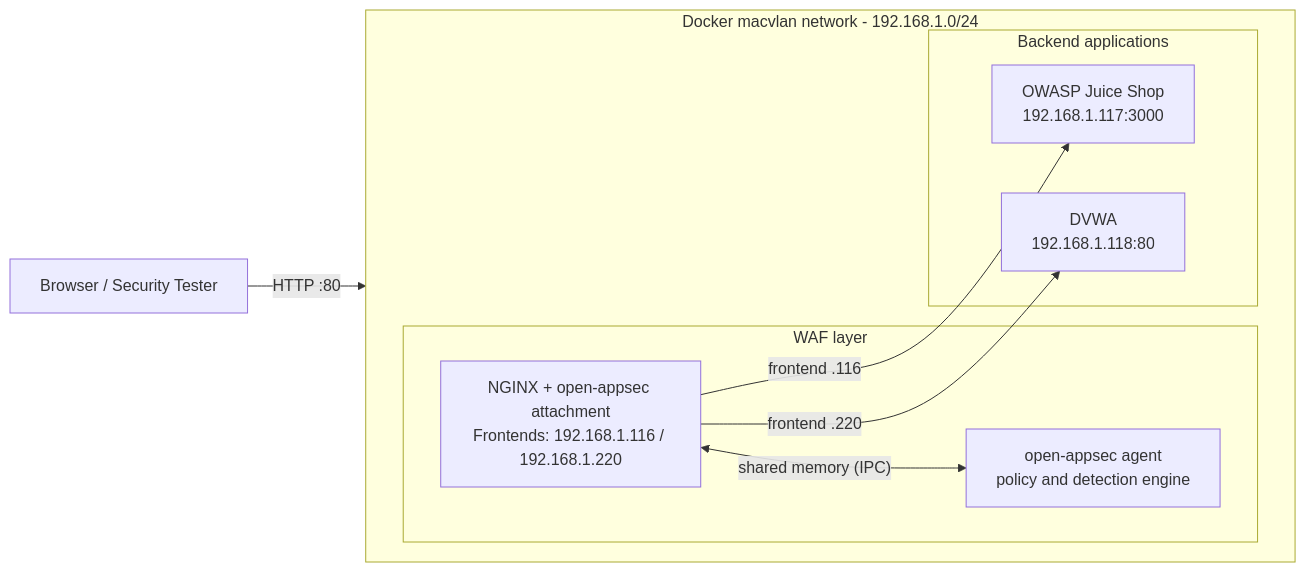
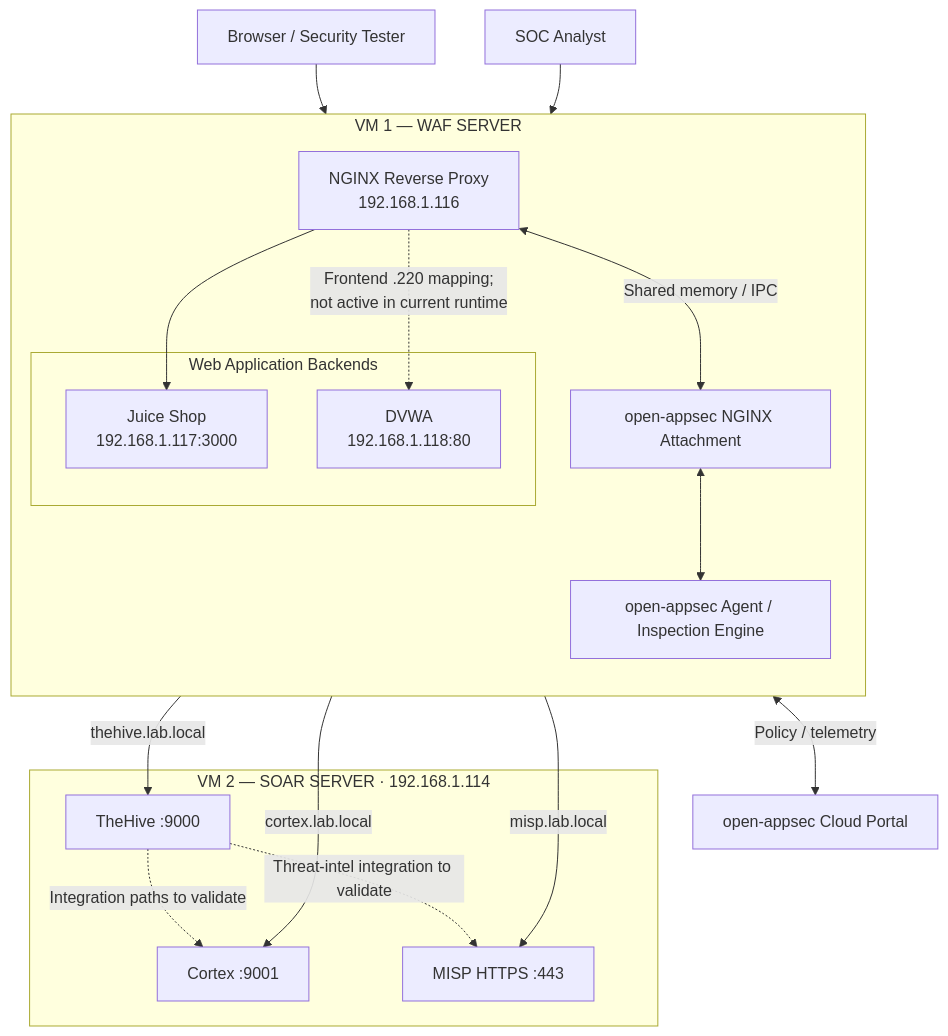
Before and after one commit to Pamidipallikiran/open-appsec-waf-security-lab: the diagram in README.md, drawn with Mermaid. The commit also changed other lines of this file and 3 other files, not shown here.

First line of the commit message:
Document two-VM WAF and SOAR deployment

````diff
--- a/README.md
+++ b/README.md
@@ -22,21 +31,36 @@
 ```mermaid
-flowchart LR
-    Client["Browser / Security Tester"]
+flowchart TB
+    CLIENT["Browser / Security Tester"]
+    ANALYST["SOC Analyst"]
+    PORTAL["open-appsec Cloud Portal"]
 
-    subgraph LAB["Docker macvlan network - 192.168.1.0/24"]
-        direction LR
-        subgraph WAF["WAF layer"]
-            NGINX["NGINX + open-appsec attachment<br/>Frontends: 192.168.1.116 / 192.168.1.220"]
-            Agent["open-appsec agent<br/>policy and detection engine"]
-        end
-        subgraph APPS["Backend applications"]
-            Juice["OWASP Juice Shop<br/>192.168.1.117:3000"]
+    subgraph WAFVM["VM 1 — WAF SERVER"]
+        direction TB
+        NGINX["NGINX Reverse Proxy<br/>192.168.1.116"]
+        ATTACH["open-appsec NGINX Attachment"]
+        AGENT["open-appsec Agent / Inspection Engine"]
+        NGINX <--> |"Shared memory / IPC"| ATTACH
+        ATTACH <--> AGENT
+        subgraph WEB["Web Application Backends"]
+            JUICE["Juice Shop<br/>192.168.1.117:3000"]
             DVWA["DVWA<br/>192.168.1.118:80"]
         end
+        NGINX --> JUICE
+        NGINX -.->|"Frontend .220 mapping;<br/>not active in current runtime"| DVWA
     end
 
-    Client -->|"HTTP :80"| NGINX
-    NGINX <-->|"shared memory (IPC)"| Agent
-    NGINX -->|"frontend .116"| Juice
-    NGINX -->|"frontend .220"| DVWA
+    subgraph SOARVM["VM 2 — SOAR SERVER · 192.168.1.114"]
+        THEHIVE["TheHive :9000"]
+        CORTEX["Cortex :9001"]
+        MISP["MISP HTTPS :443"]
+    end
+
+    CLIENT --> NGINX
+    ANALYST --> NGINX
+    NGINX -->|"thehive.lab.local"| THEHIVE
+    NGINX -->|"cortex.lab.local"| CORTEX
+    NGINX -->|"misp.lab.local"| MISP
+    AGENT <-->|"Policy / telemetry"| PORTAL
+    THEHIVE -.->|"Integration paths to validate"| CORTEX
+    THEHIVE -.->|"Threat-intel integration to validate"| MISP
 ```
````
